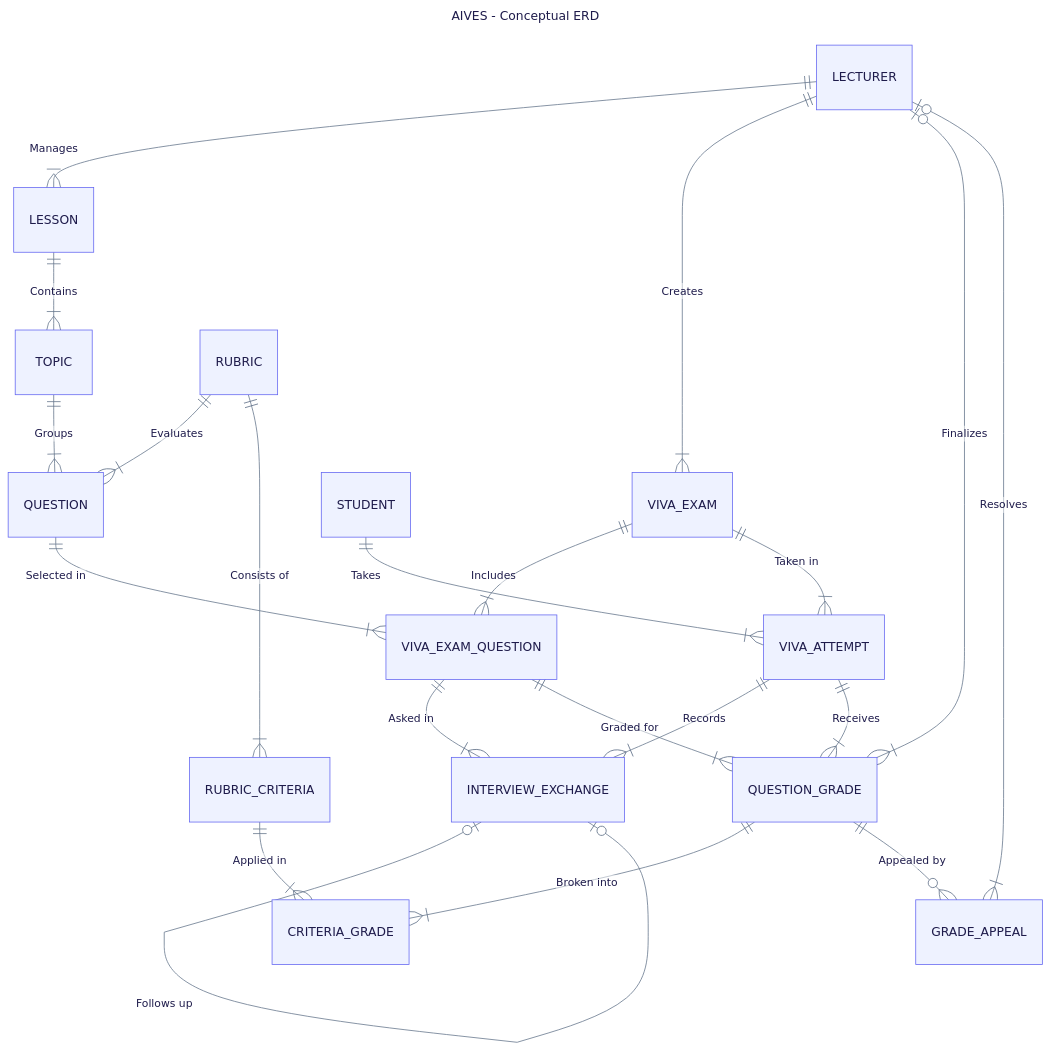
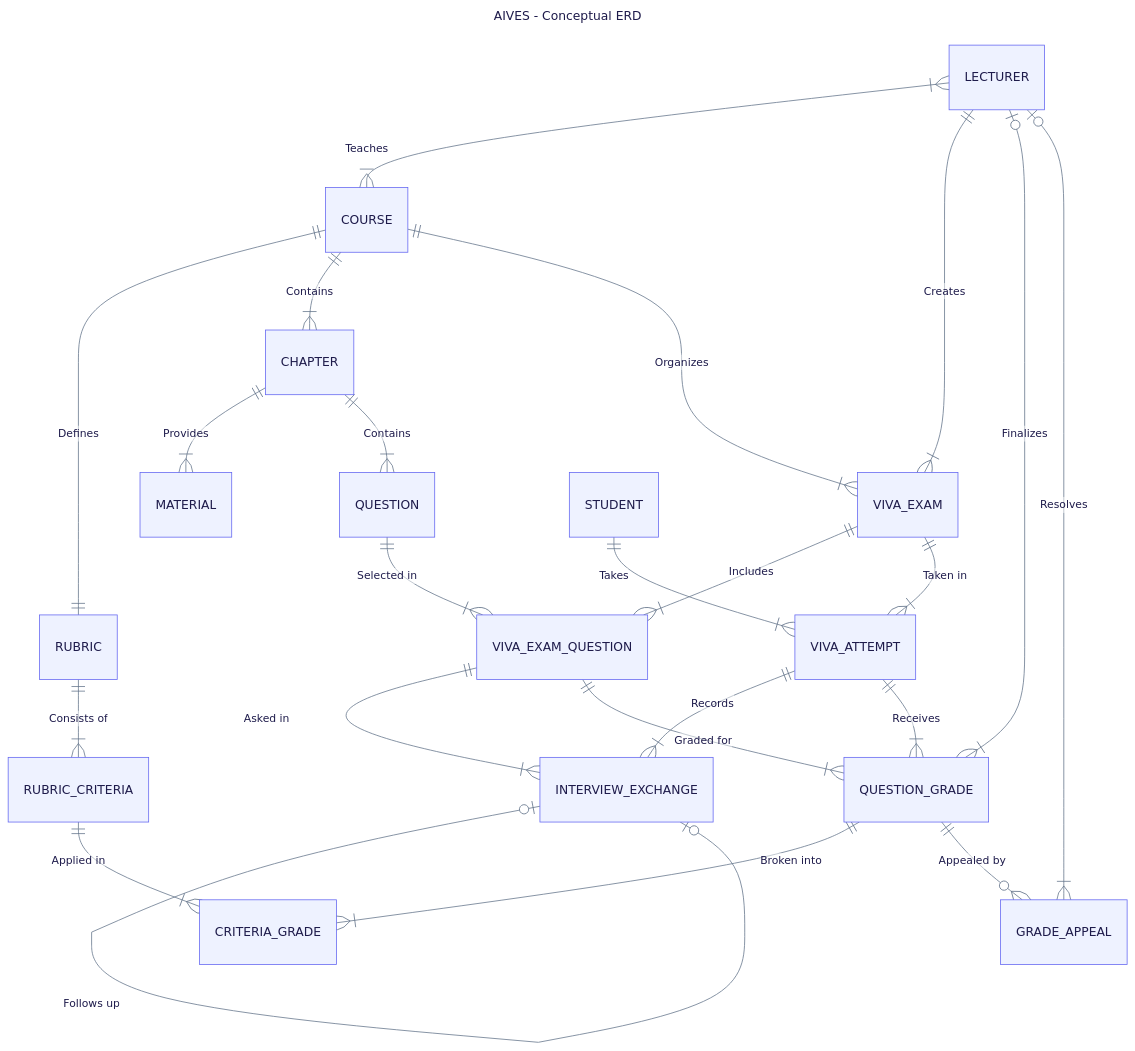
The diagram in document/ERD/conceptual-erd.mmd (SWD392-Group-4/AI-powered-Viva-Exam-System), drawn with Mermaid before and after one commit. The commit also changed 19 other files, not shown here.

```diff
--- a/document/ERD/conceptual-erd.mmd
+++ b/document/ERD/conceptual-erd.mmd
@@ -1,41 +1,43 @@
 ---
 title: AIVES - Conceptual ERD
 ---
 %%{init: {
   'theme': 'base',
   'themeVariables': {
     'primaryColor': '#EEF2FF',
     'primaryTextColor': '#1E1B4B',
     'primaryBorderColor': '#6366F1',
     'lineColor': '#64748B',
     'fontFamily': 'Inter, system-ui, -apple-system, sans-serif'
   }
 }}%%
 erDiagram
-    %% ===== CONTENT: bài học, câu hỏi, rubric =====
-    LECTURER            ||--|{ LESSON              : "Manages"
-    LESSON              ||--|{ TOPIC               : "Contains"
-    TOPIC               ||--|{ QUESTION            : "Groups"
-    RUBRIC              ||--|{ QUESTION            : "Evaluates"
+    %% ===== CONTENT: môn học, chương, học liệu, câu hỏi, rubric =====
+    LECTURER            }|--|{ COURSE              : "Teaches"
+    COURSE              ||--|| RUBRIC              : "Defines"
     RUBRIC              ||--|{ RUBRIC_CRITERIA     : "Consists of"
+    COURSE              ||--|{ CHAPTER             : "Contains"
+    CHAPTER             ||--|{ MATERIAL            : "Provides"
+    CHAPTER             ||--|{ QUESTION            : "Contains"
 
     %% ===== EXAM: đề thi & lượt thi =====
+    COURSE              ||--|{ VIVA_EXAM           : "Organizes"
     LECTURER            ||--|{ VIVA_EXAM           : "Creates"
     VIVA_EXAM           ||--|{ VIVA_EXAM_QUESTION  : "Includes"
     QUESTION            ||--|{ VIVA_EXAM_QUESTION  : "Selected in"
     VIVA_EXAM           ||--|{ VIVA_ATTEMPT        : "Taken in"
     STUDENT             ||--|{ VIVA_ATTEMPT        : "Takes"
 
     %% ===== VIVA ROOM: hỏi - đáp =====
     VIVA_ATTEMPT        ||--|{ INTERVIEW_EXCHANGE  : "Records"
     VIVA_EXAM_QUESTION  ||--|{ INTERVIEW_EXCHANGE  : "Asked in"
     INTERVIEW_EXCHANGE  |o--o| INTERVIEW_EXCHANGE  : "Follows up"
 
     %% ===== GRADING: chấm điểm, HITL, phúc khảo =====
     VIVA_ATTEMPT        ||--|{ QUESTION_GRADE      : "Receives"
     VIVA_EXAM_QUESTION  ||--|{ QUESTION_GRADE      : "Graded for"
     LECTURER            |o--|{ QUESTION_GRADE      : "Finalizes"
     QUESTION_GRADE      ||--|{ CRITERIA_GRADE      : "Broken into"
     RUBRIC_CRITERIA     ||--|{ CRITERIA_GRADE      : "Applied in"
     QUESTION_GRADE      ||--o{ GRADE_APPEAL        : "Appealed by"
     LECTURER            |o--|{ GRADE_APPEAL        : "Resolves"
```
